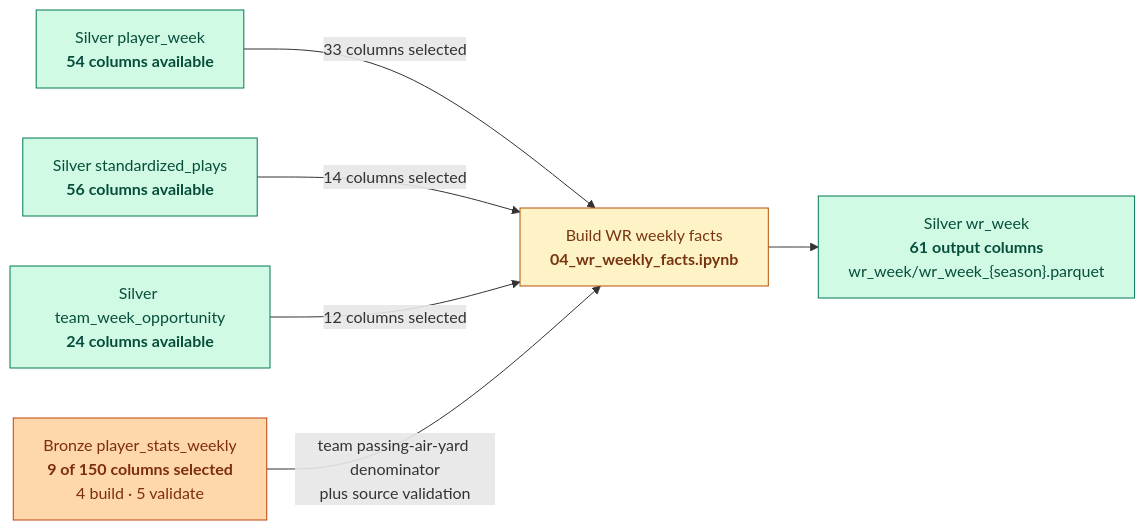
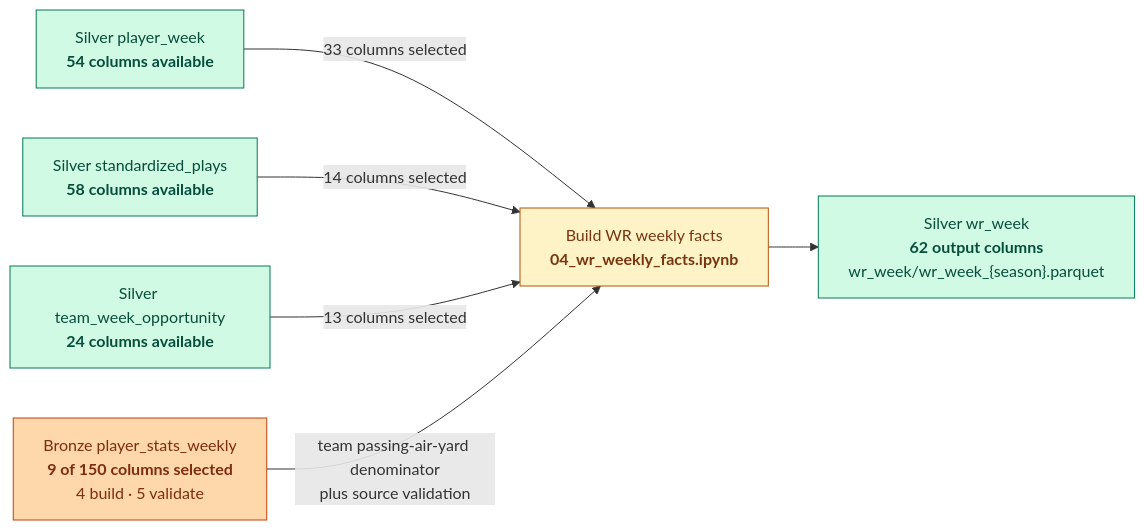
Before and after one commit to ddarby15/nfl-dream-lab-app: the fourth of 12 diagrams in docs/schema-evolution.md, drawn with Mermaid. The commit also changed other lines of this file and 25 other files, not shown here.

Commit message:
update docs and roadmap

````diff
--- a/docs/schema-evolution.md
+++ b/docs/schema-evolution.md
@@ -151,25 +152,25 @@
 ```mermaid
 flowchart LR
     S_WEEK["Silver player_week<br/><b>54 columns available</b>"]
-    S_PLAYS["Silver standardized_plays<br/><b>56 columns available</b>"]
+    S_PLAYS["Silver standardized_plays<br/><b>58 columns available</b>"]
     S_TEAM["Silver team_week_opportunity<br/><b>24 columns available</b>"]
     B_STATS["Bronze player_stats_weekly<br/><b>9 of 150 columns selected</b><br/>4 build · 5 validate"]
 
     X_WR["Build WR weekly facts<br/><b>04_wr_weekly_facts.ipynb</b>"]
-    S_WR["Silver wr_week<br/><b>61 output columns</b><br/>wr_week/wr_week_{season}.parquet"]
+    S_WR["Silver wr_week<br/><b>62 output columns</b><br/>wr_week/wr_week_{season}.parquet"]
 
     S_WEEK -->|33 columns selected| X_WR
     S_PLAYS -->|14 columns selected| X_WR
-    S_TEAM -->|12 columns selected| X_WR
+    S_TEAM -->|13 columns selected| X_WR
     B_STATS -->|team passing-air-yard denominator<br/>plus source validation| X_WR
     X_WR --> S_WR
 
     classDef bronze fill:#fed7aa,stroke:#c2410c,color:#7c2d12;
     classDef validation fill:#f3f4f6,stroke:#6b7280,color:#374151,stroke-dasharray:5 5;
     classDef step fill:#fef3c7,stroke:#b45309,color:#78350f;
     classDef silver fill:#d1fae5,stroke:#047857,color:#064e3b;
 
     class S_WEEK,S_PLAYS,S_TEAM,S_WR silver;
     class B_STATS bronze;
     class X_WR step;
 ```
````
